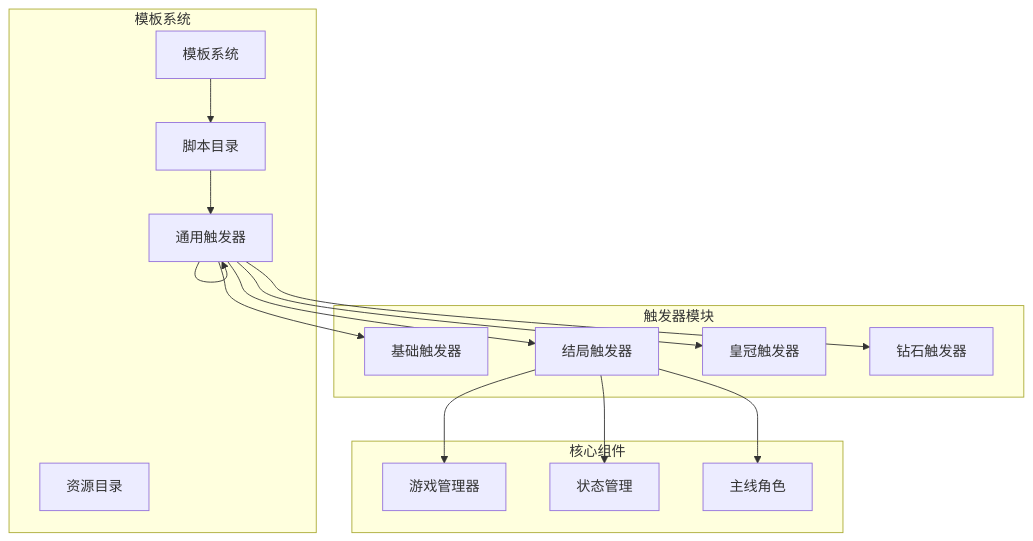
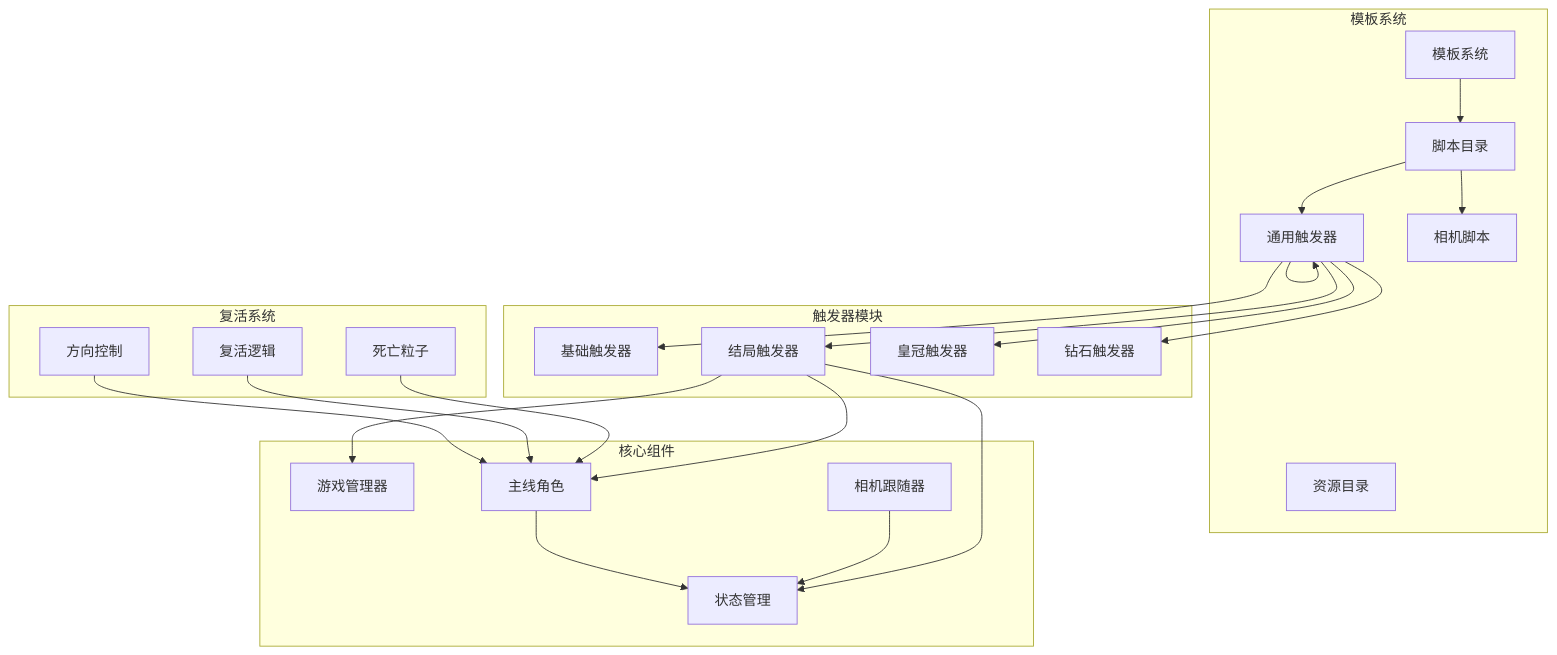
Before and after one commit to godotline/godot-line: the first of 7 diagrams in .qoder/repowiki/zh/content/游戏系统/触发器系统/结局触发器.md, drawn with Mermaid. The commit also changed other lines of this file and 7 other files, not shown here.

````diff
--- a/.qoder/repowiki/zh/content/游戏系统/触发器系统/结局触发器.md
+++ b/.qoder/repowiki/zh/content/游戏系统/触发器系统/结局触发器.md
@@ -40,31 +51,44 @@
 ```mermaid
 graph TB
 subgraph "模板系统"
 TS[模板系统]
 Scripts[脚本目录]
 Trigger[触发器模块]
 Resources[资源目录]
+CameraScripts[相机脚本]
 end
 subgraph "触发器模块"
 BaseTrigger[基础触发器]
 Ending[结局触发器]
 Trigger[通用触发器]
 Crown[皇冠触发器]
 Diamond[钻石触发器]
 end
 subgraph "核心组件"
 GameManager[游戏管理器]
 State[状态管理]
 MainLine[主线角色]
+CameraFollower[相机跟随器]
+end
+subgraph "复活系统"
+DeathParticle[死亡粒子]
+ReviveLogic[复活逻辑]
+DirectionControl[方向控制]
 end
 TS --> Scripts
 Scripts --> Trigger
+Scripts --> CameraScripts
 Trigger --> BaseTrigger
 Trigger --> Ending
 Trigger --> Trigger
 Trigger --> Crown
 Trigger --> Diamond
 Ending --> GameManager
 Ending --> State
 Ending --> MainLine
+CameraFollower --> State
+MainLine --> State
+DeathParticle --> MainLine
+ReviveLogic --> MainLine
+DirectionControl --> MainLine
 ```
````
